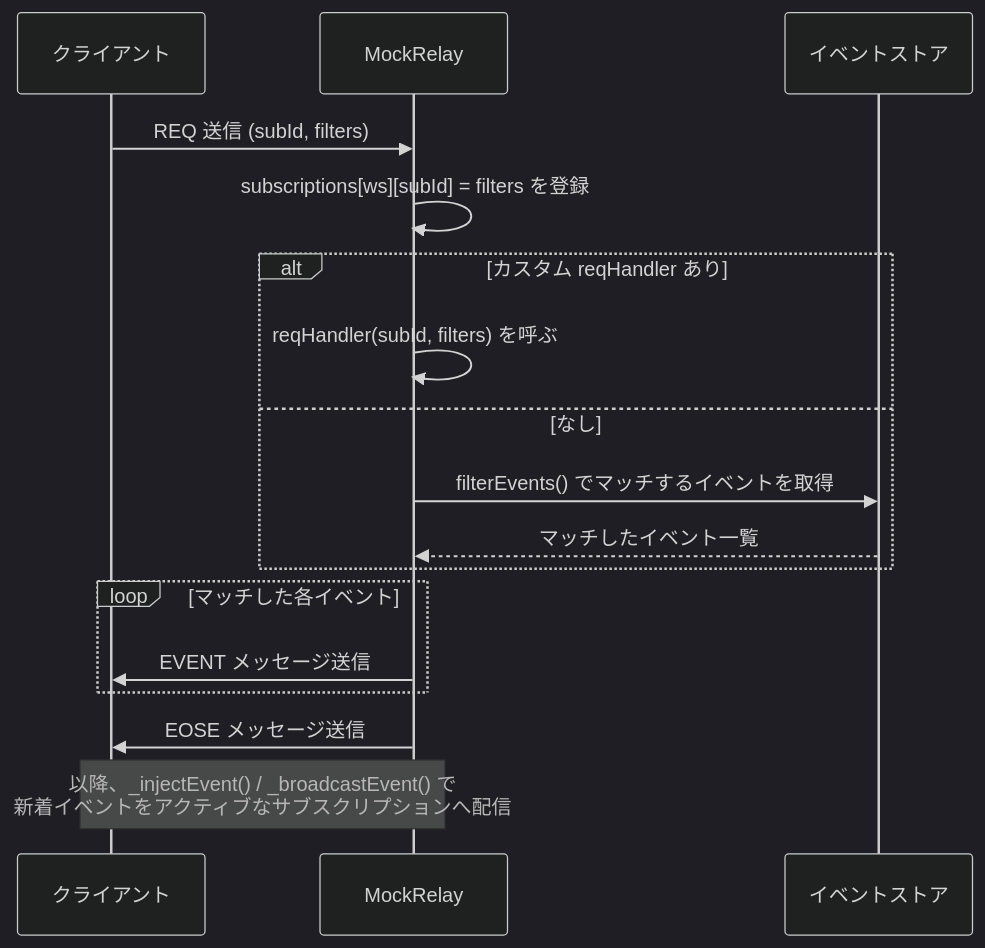
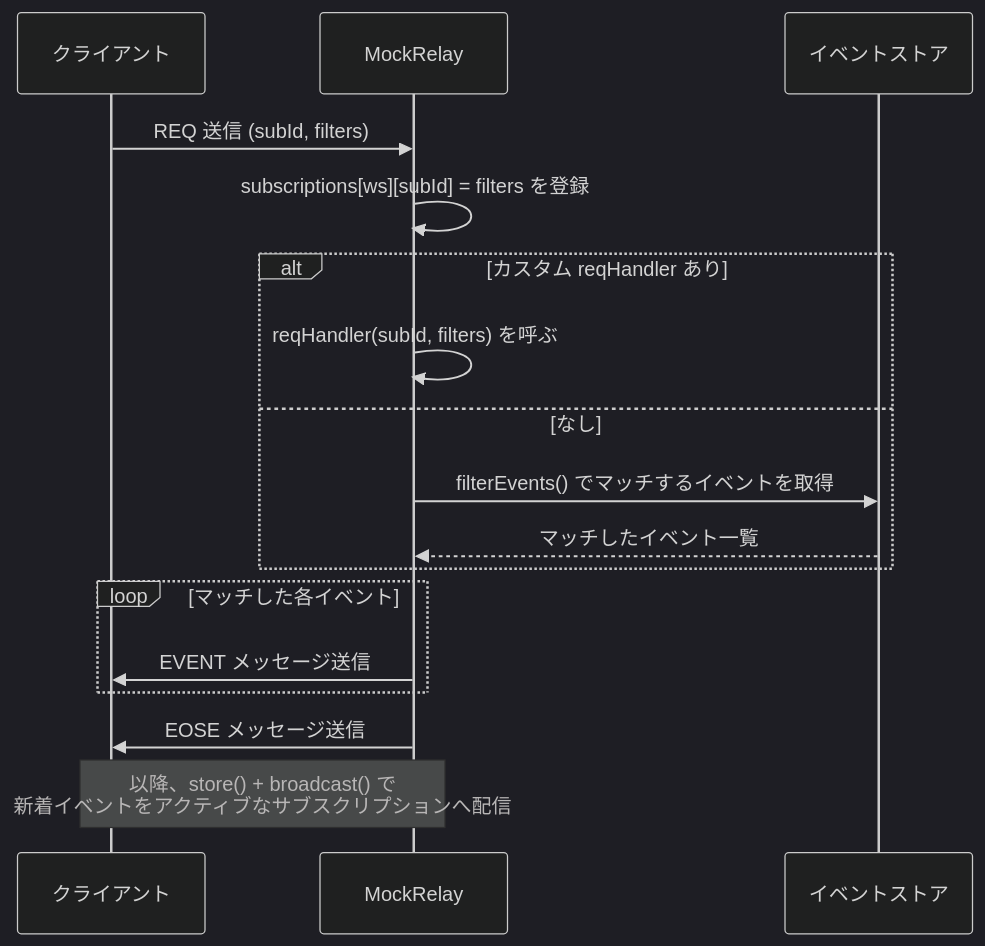
One commit to ikuradon/tsunagiya changed the tenth of 15 diagrams in docs/reference/architecture.md. Above: the diagram before and after it, drawn with Mermaid (dark theme). The commit also changed other lines of this file and 9 other files, not shown here.

````diff
--- a/docs/reference/architecture.md
+++ b/docs/reference/architecture.md
@@ -289,23 +294,23 @@
 ```mermaid
 sequenceDiagram
     participant C as クライアント
     participant MR as MockRelay
     participant Store as イベントストア
 
     C->>MR: REQ 送信 (subId, filters)
     MR->>MR: subscriptions[ws][subId] = filters を登録
 
     alt カスタム reqHandler あり
         MR->>MR: reqHandler(subId, filters) を呼ぶ
     else なし
         MR->>Store: filterEvents() でマッチするイベントを取得
         Store-->>MR: マッチしたイベント一覧
     end
 
     loop マッチした各イベント
         MR->>C: EVENT メッセージ送信
     end
     MR->>C: EOSE メッセージ送信
 
-    Note over MR,C: 以降、_injectEvent() / _broadcastEvent() で<br>新着イベントをアクティブなサブスクリプションへ配信
+    Note over MR,C: 以降、store() + broadcast() で<br>新着イベントをアクティブなサブスクリプションへ配信
 ```
````
